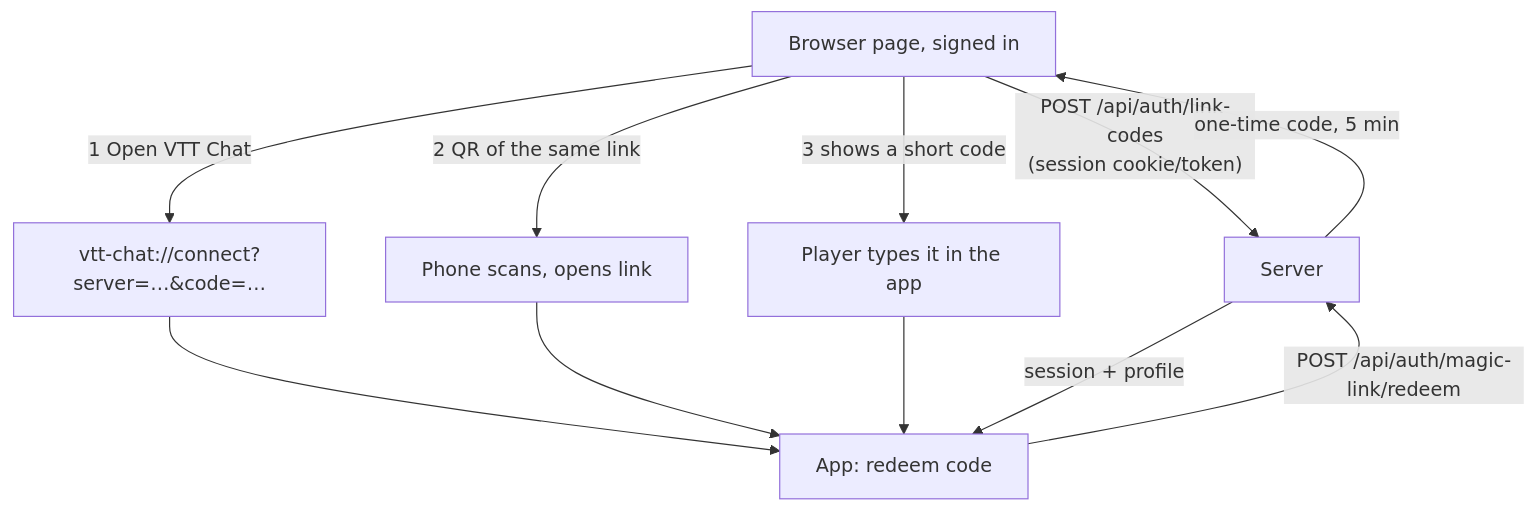
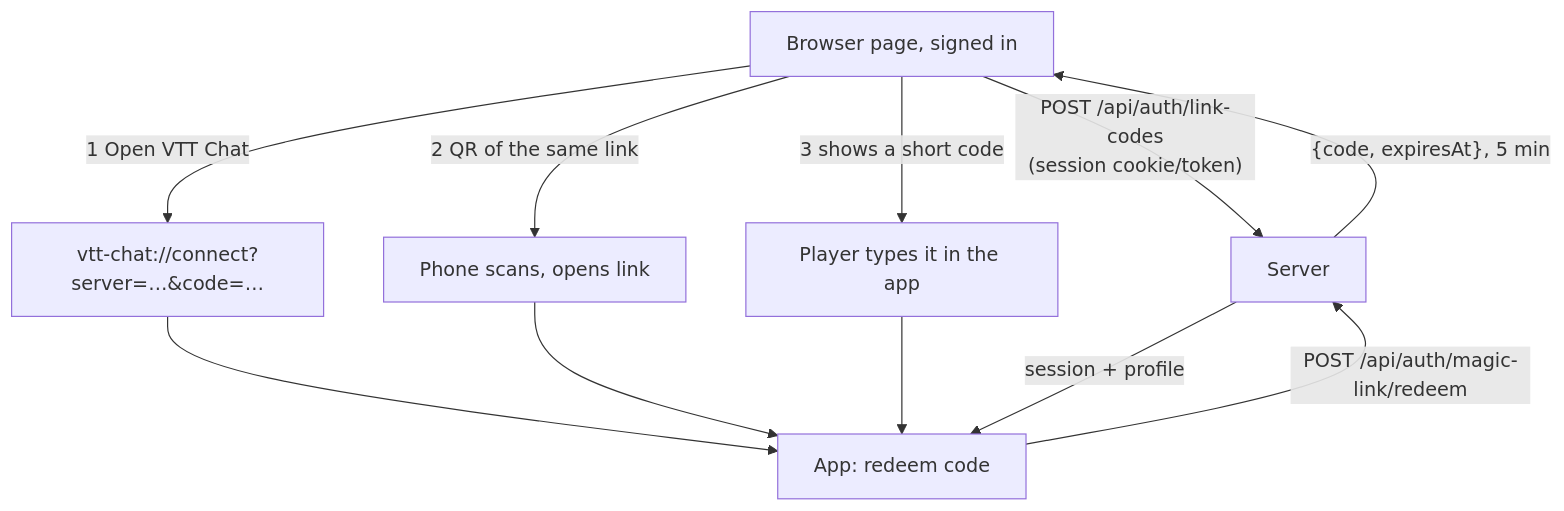
Before and after one commit to AndyProsser/vtt-chat-app: the first of 2 diagrams in docs/architecture/APP-SIGN-IN.md, drawn with Mermaid. The commit also changed other lines of this file and 9 other files, not shown here.

````diff
--- a/docs/architecture/APP-SIGN-IN.md
+++ b/docs/architecture/APP-SIGN-IN.md
@@ -25,11 +26,11 @@
 ```mermaid
 flowchart TD
   W[Browser page, signed in] -->|"POST /api/auth/link-codes<br/>(session cookie/token)"| S[Server]
-  S -->|one-time code, 5 min| W
+  S -->|"{code, expiresAt}, 5 min"| W
   W -->|1 Open VTT Chat| D["vtt-chat://connect?server=…&code=…"]
   W -->|2 QR of the same link| Q[Phone scans, opens link]
   W -->|3 shows a short code| T[Player types it in the app]
   D & Q & T --> A[App: redeem code]
   A -->|"POST /api/auth/magic-link/redeem"| S
   S -->|session + profile| A
 ```
````
